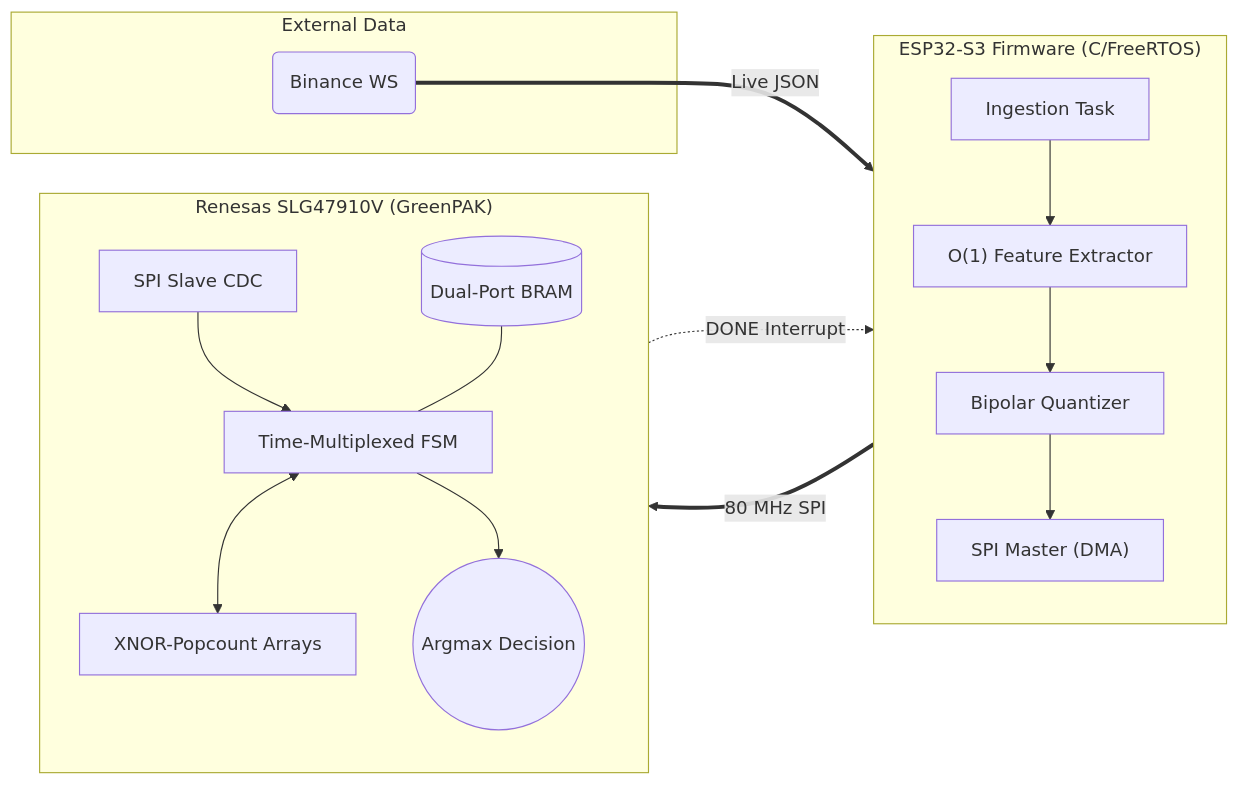
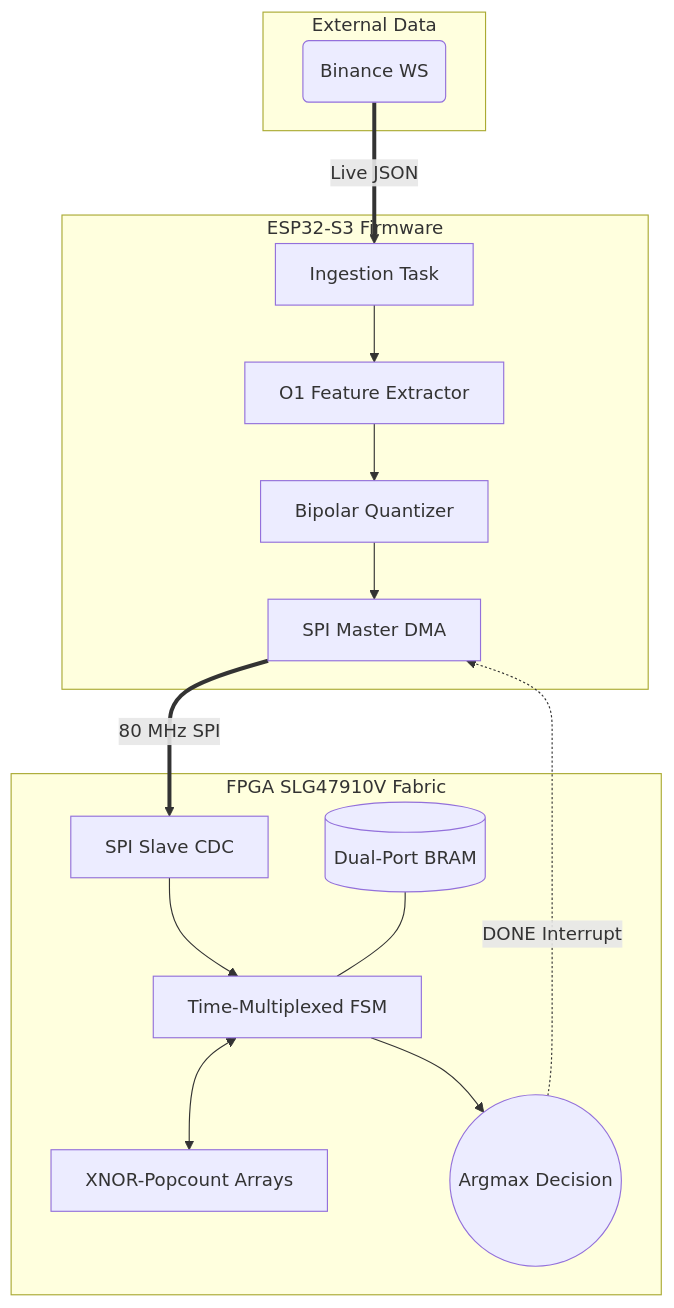
Before and after one commit to SushantGagneja/ultra-low-latency-ML-inference-on-FPGA.: the first of 5 diagrams in README.md, drawn with Mermaid. The commit also changed other lines of this file, not shown here.

````diff
--- a/README.md
+++ b/README.md
@@ -28,34 +28,34 @@
 ```mermaid
-flowchart LR
-    subgraph External ["External Data"]
-        BWS("Binance WS")
+flowchart TD
+    subgraph External Data
+        BWS(Binance WS)
     end
 
-    subgraph ESP32 ["ESP32-S3 Firmware (C/FreeRTOS)"]
-        direction TB
-        ING["Ingestion Task"]
-        FEAT["O(1) Feature Extractor"]
-        QUANT["Bipolar Quantizer"]
-        SPIM["SPI Master (DMA)"]
+    subgraph ESP32-S3 Firmware
+        ING[Ingestion Task]
+        FEAT[O1 Feature Extractor]
+        QUANT[Bipolar Quantizer]
+        SPIM[SPI Master DMA]
         
-        ING --> FEAT --> QUANT --> SPIM
+        ING --> FEAT
+        FEAT --> QUANT
+        QUANT --> SPIM
     end
 
-    subgraph FPGA ["Renesas SLG47910V (GreenPAK)"]
-        direction TB
-        SPIS["SPI Slave CDC"]
-        FSM["Time-Multiplexed FSM"]
-        BRAM[("Dual-Port BRAM")]
-        XNOR["XNOR-Popcount Arrays"]
-        OUT(("Argmax Decision"))
+    subgraph FPGA SLG47910V Fabric
+        SPIS[SPI Slave CDC]
+        FSM[Time-Multiplexed FSM]
+        BRAM[(Dual-Port BRAM)]
+        XNOR[XNOR-Popcount Arrays]
+        OUT((Argmax Decision))
         
         SPIS --> FSM
         BRAM --- FSM
         FSM <--> XNOR
         FSM --> OUT
     end
 
-    BWS == "Live JSON" ==> ING
-    SPIM == "80 MHz SPI" ==> SPIS
-    OUT -. "DONE Interrupt" .-> SPIM
+    BWS == Live JSON ==> ING
+    SPIM == 80 MHz SPI ==> SPIS
+    OUT -. DONE Interrupt .-> SPIM
 ```
````
